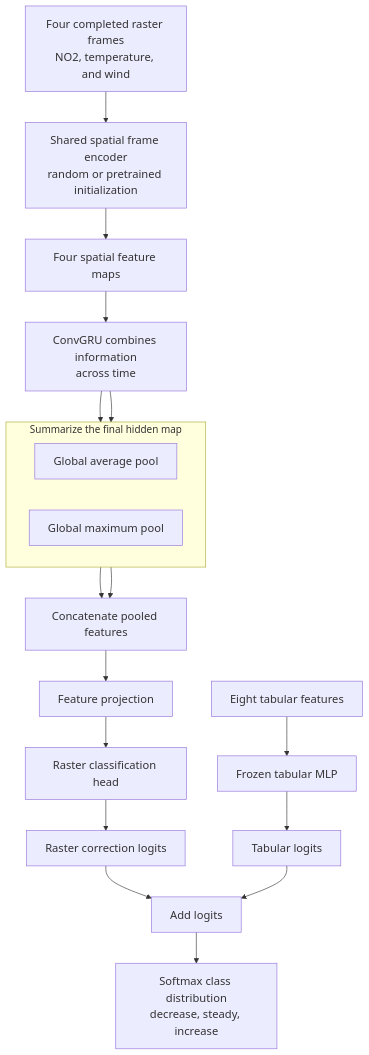
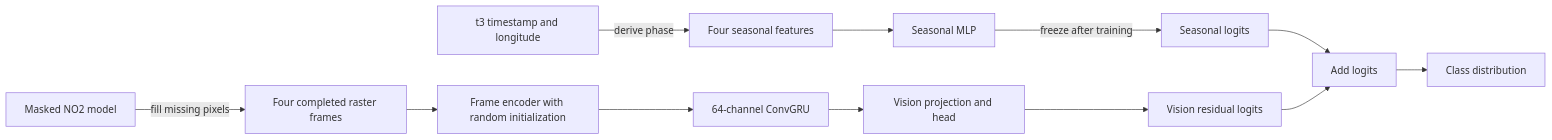
One commit to pranav-walimbe/no2-modeling changed the diagram in docs/delta-modeling/modeling.md. Above: the diagram before and after it, drawn with Mermaid. The commit also changed other lines of this file and 10 other files, not shown here.

Commit message:
Compare seasonal and vision classifiers

````diff
--- a/docs/delta-modeling/modeling.md
+++ b/docs/delta-modeling/modeling.md
@@ -79,29 +84,16 @@
 ```mermaid
-flowchart TB
-    Frames[Four completed raster frames<br/>NO2, temperature, and wind]
-    Frames --> FrameEncoder[Shared spatial frame encoder<br/>random or pretrained initialization]
-    FrameEncoder --> Encoded[Four spatial feature maps]
-    Encoded --> GRU[ConvGRU combines information<br/>across time]
+flowchart LR
+    Timestamp[t3 timestamp and longitude] -->|derive phase| SeasonalFeatures[Four seasonal features]
+    SeasonalFeatures --> SeasonalMLP[Seasonal MLP]
+    SeasonalMLP -->|freeze after training| SeasonalLogits[Seasonal logits]
 
-    subgraph Pooling[Summarize the final hidden map]
-        direction LR
-        Average[Global average pool]
-        Maximum[Global maximum pool]
-    end
+    MaskedModel[Masked NO2 model] -->|fill missing pixels| Completed[Four completed raster frames]
+    Completed --> FrameEncoder[Frame encoder with random initialization]
+    FrameEncoder --> ConvGRU[64-channel ConvGRU]
+    ConvGRU --> VisionHead[Vision projection and head]
+    VisionHead --> VisionLogits[Vision residual logits]
 
-    GRU --> Average
-    GRU --> Maximum
-    Average --> PoolJoin[Concatenate pooled features]
-    Maximum --> PoolJoin
-    PoolJoin --> Projection[Feature projection]
-    Projection --> RasterHead[Raster classification head]
-    RasterHead --> RasterLogits[Raster correction logits]
-    Features[Eight tabular features] --> FrozenMLP[Frozen tabular MLP]
-    FrozenMLP --> TabularLogits[Tabular logits]
-    RasterLogits --> Add[Add logits]
-    TabularLogits --> Add
-    Add --> Distribution[Softmax class distribution<br/>decrease, steady, increase]
-
-    classDef stage font-size:18px
-    class Frames,FrameEncoder,Encoded,GRU,Average,Maximum,PoolJoin,Projection,RasterHead,RasterLogits,Features,FrozenMLP,TabularLogits,Add,Distribution stage
+    SeasonalLogits --> Add[Add logits]
+    VisionLogits --> Add
+    Add --> Distribution[Class distribution]
 ```
````
